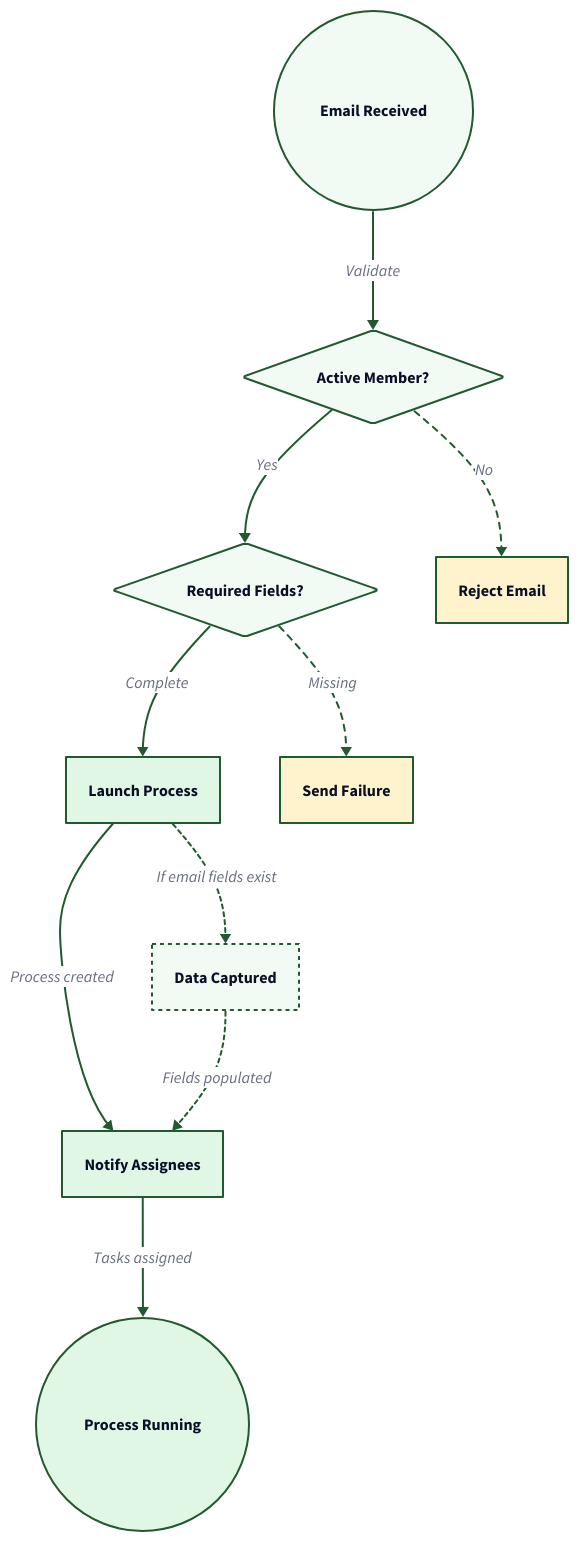
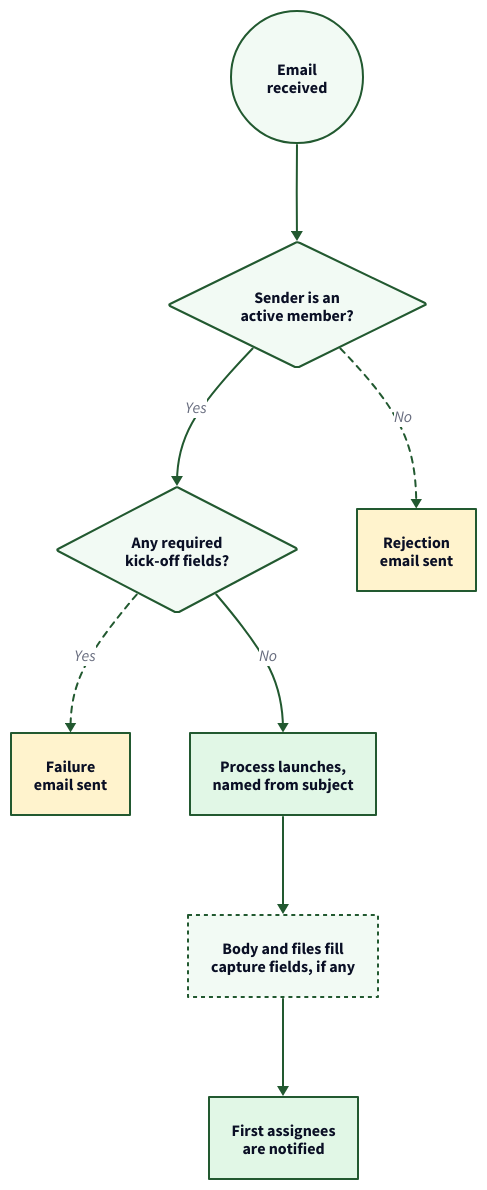
Before and after one commit to tallyfy/documentation: the diagram in src/content/docs/pro/launching/triggers/via-email.mdx, drawn with D2. The commit also changed 14 other files, not shown here.

First line of the commit message:
Redraw 15 diagrams and remove 1 so their text reads at full size

````diff
--- a/src/content/docs/pro/launching/triggers/via-email.mdx
+++ b/src/content/docs/pro/launching/triggers/via-email.mdx
@@ -57,67 +57,53 @@
 # Email Trigger Validation Flow
 direction: down
 
-# Start
-Email: Email Received {
+Email: "Email\nreceived" {
   shape: circle
   style.fill: "#f2faf4"
   style.stroke: "#225930"
 }
 
-# Validation Checks
-Valid_Member: Active Member? {
+Valid_Member: "Sender is an\nactive member?" {
   shape: diamond
   style.fill: "#f2faf4"
   style.stroke: "#225930"
 }
 
-Check_Fields: Required Fields? {
+Check_Fields: "Any required\nkick-off fields?" {
   shape: diamond
   style.fill: "#f2faf4"
   style.stroke: "#225930"
 }
 
-# Success Path
-Launch_Process: Launch Process {
+Reject_Email: "Rejection\nemail sent" {
+  style.fill: "#fff3cd"
+  style.stroke: "#225930"
+}
+
+Send_Failure: "Failure\nemail sent" {
+  style.fill: "#fff3cd"
+  style.stroke: "#225930"
+}
+
+Launch_Process: "Process launches,\nnamed from subject" {
   style.fill: "#e1f7e6"
   style.stroke: "#225930"
 }
 
-Notify_Users: Notify Assignees {
-  style.fill: "#e1f7e6"
-  style.stroke: "#225930"
-}
-
-Process_Running: Process Running {
-  shape: circle
-  style.fill: "#e1f7e6"
-  style.stroke: "#225930"
-  style.stroke-width: 2
-}
-
-# Failure Paths
-Reject_Email: Reject Email {
-  style.fill: "#fff3cd"
-  style.stroke: "#225930"
-}
-
-Send_Failure: Send Failure {
-  style.fill: "#fff3cd"
-  style.stroke: "#225930"
-}
-
-# Optional Data
-Data_Capture: Data Captured {
+Data_Capture: "Body and files fill\ncapture fields, if any" {
   style.fill: "#f2faf4"
   style.stroke: "#225930"
   style.stroke-dash: 2
 }
 
-# Main Flow
-Email -> Valid_Member: Validate {
+Notify_Users: "First assignees\nare notified" {
+  style.fill: "#e1f7e6"
   style.stroke: "#225930"
 }
 
+Email -> Valid_Member {
+  style.stroke: "#225930"
+}
 Valid_Member -> Reject_Email: No {
   style.stroke: "#225930"
   style.stroke-dash: 3
@@ -125,30 +111,17 @@
 Valid_Member -> Check_Fields: Yes {
   style.stroke: "#225930"
 }
-
-Check_Fields -> Send_Failure: Missing {
+Check_Fields -> Send_Failure: Yes {
   style.stroke: "#225930"
   style.stroke-dash: 3
 }
-Check_Fields -> Launch_Process: Complete {
+Check_Fields -> Launch_Process: No {
   style.stroke: "#225930"
 }
-
-# Success flow
-Launch_Process -> Notify_Users: Process created {
+Launch_Process -> Data_Capture {
   style.stroke: "#225930"
 }
-Notify_Users -> Process_Running: Tasks assigned {
+Data_Capture -> Notify_Users {
   style.stroke: "#225930"
 }
-
-# Optional data capture
-Launch_Process -> Data_Capture: If email fields exist {
-  style.stroke: "#225930"
-  style.stroke-dash: 2
-}
-Data_Capture -> Notify_Users: Fields populated {
-  style.stroke: "#225930"
-  style.stroke-dash: 2
-}
 ```
````
